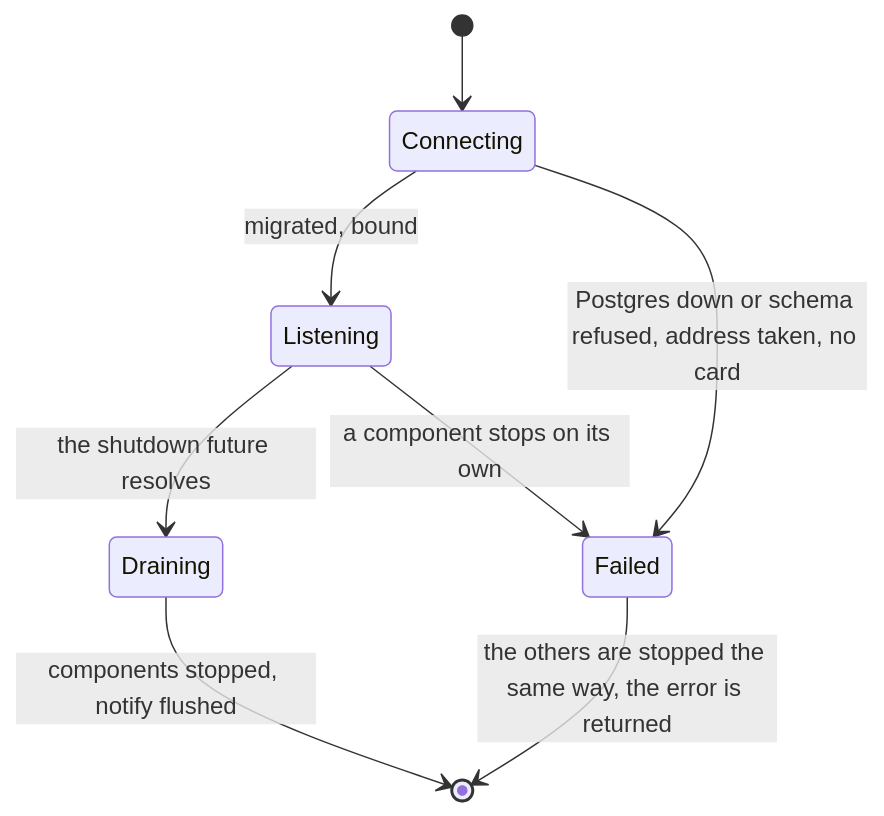
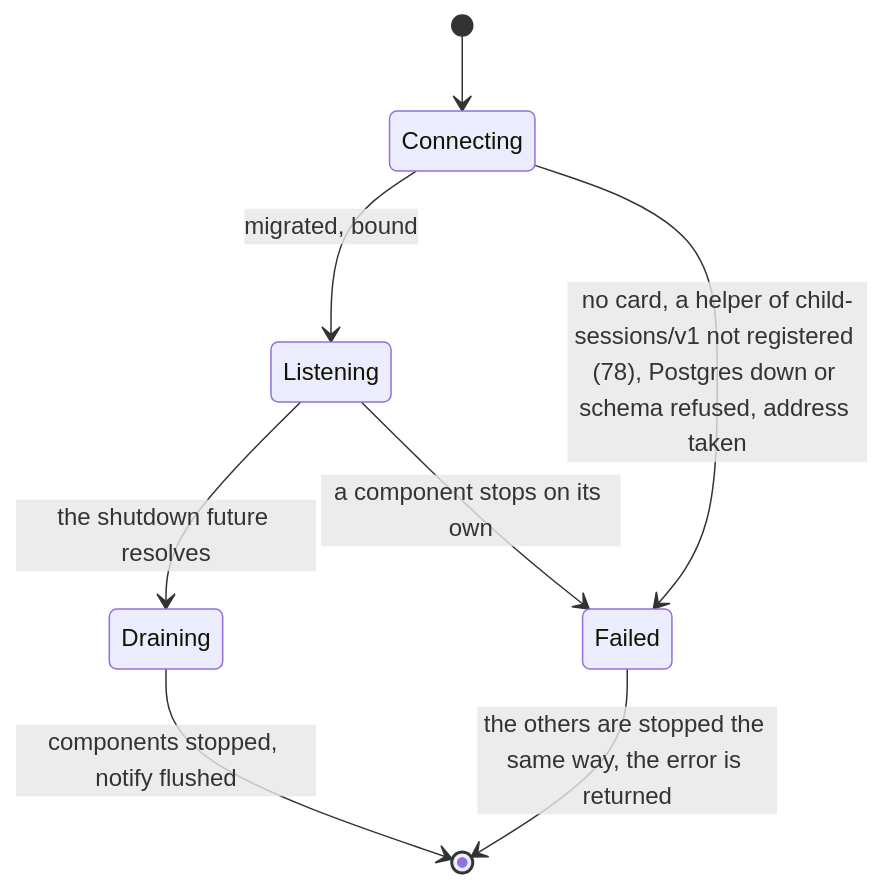
The third of 3 diagrams in crates/adam-service/README.md (vymalo/another-adam-rs), drawn with Mermaid before and after one commit. The commit also changed other lines of this file and 47 other files, not shown here.

First line of the commit message:
feat(agent): serve child-sessions/v1 from adam-agent and adam-coder (ADR 0045 A6c) (#198)

````diff
--- a/crates/adam-service/README.md
+++ b/crates/adam-service/README.md
@@ -104,10 +106,10 @@
 ```mermaid
 stateDiagram-v2
   [*] --> Connecting
   Connecting --> Listening: migrated, bound
-  Connecting --> Failed: Postgres down or schema refused, address taken, no card
+  Connecting --> Failed: no card, a helper of child-sessions/v1 not registered (78), Postgres down or schema refused, address taken
   Listening --> Draining: the shutdown future resolves
   Listening --> Failed: a component stops on its own
   Draining --> [*]: components stopped, notify flushed
   Failed --> [*]: the others are stopped the same way, the error is returned
 ```
````
